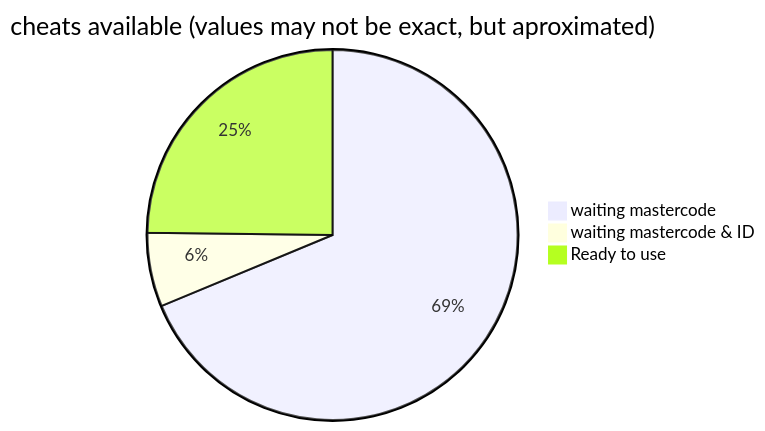
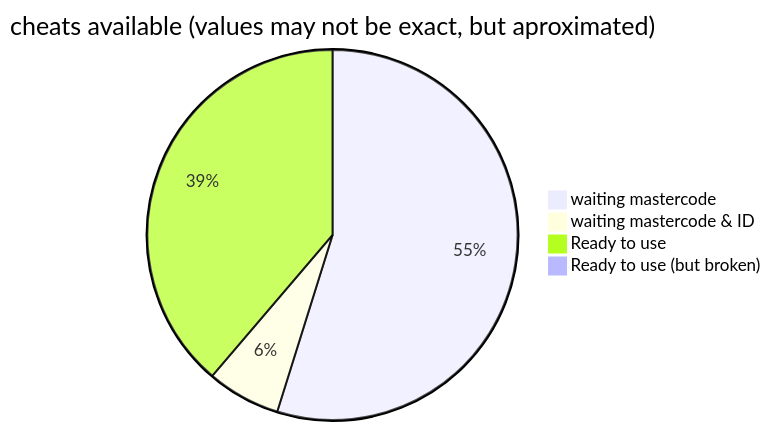
The diagram in README.md (PS2-Widescreen/pnach-DB), drawn with Mermaid before and after one commit.

````diff
--- a/README.md
+++ b/README.md
@@ -11,7 +11,8 @@
 ```mermaid
 pie title cheats available (values may not be exact, but aproximated)
 
-  "waiting mastercode": 2687
+  "waiting mastercode": 2152
   "waiting mastercode & ID": 252
-  "Ready to use": 970
+  "Ready to use": 1521
+  "Ready to use (but broken)": 18
 ```
````
